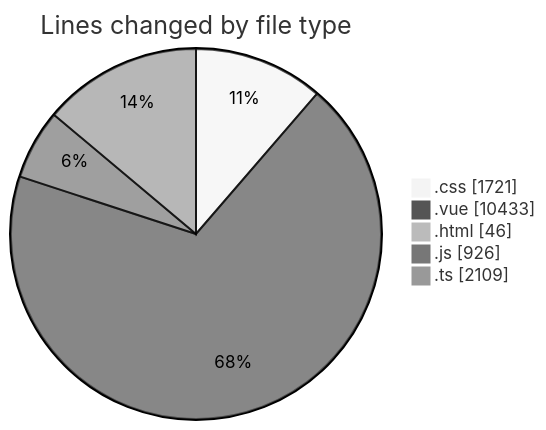
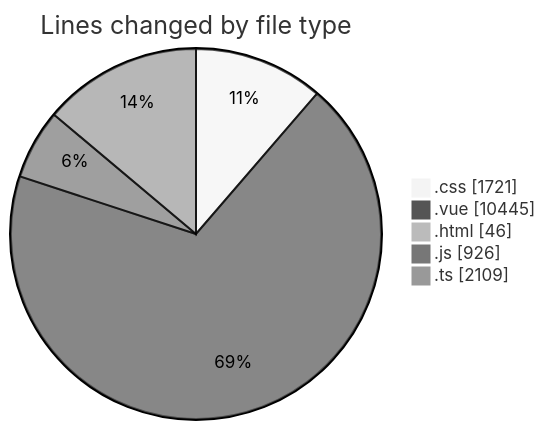
One commit to lephambinh05/code-tracking changed the first of 2 diagrams in 2025-08-18/rentotp/README.md. Above: the diagram before and after it, drawn with Mermaid (neutral theme). The commit also changed other lines of this file and 1 other file, not shown here.

````diff
--- a/2025-08-18/rentotp/README.md
+++ b/2025-08-18/rentotp/README.md
@@ -59,9 +59,9 @@
 ```mermaid
 pie showData
 title Lines changed by file type
 ".css" : 1721
-".vue" : 10433
+".vue" : 10445
 ".html" : 46
 ".js" : 926
 ".ts" : 2109
 ```
````
